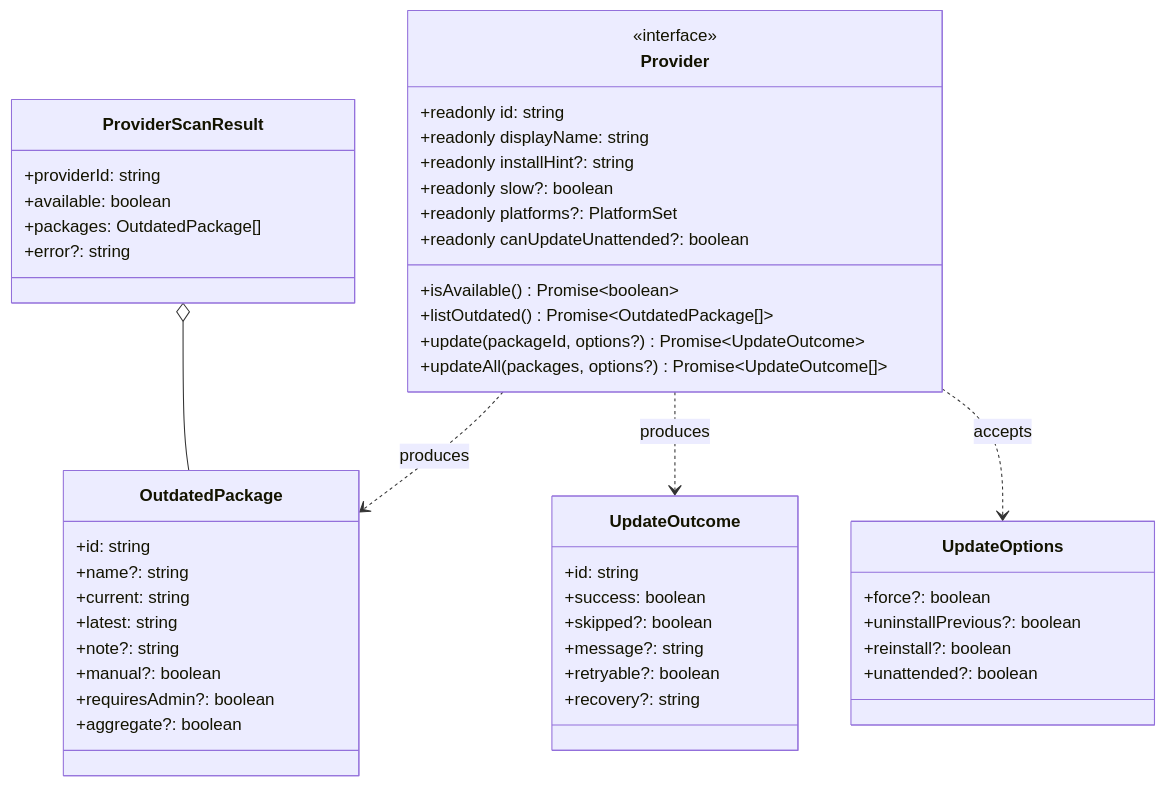
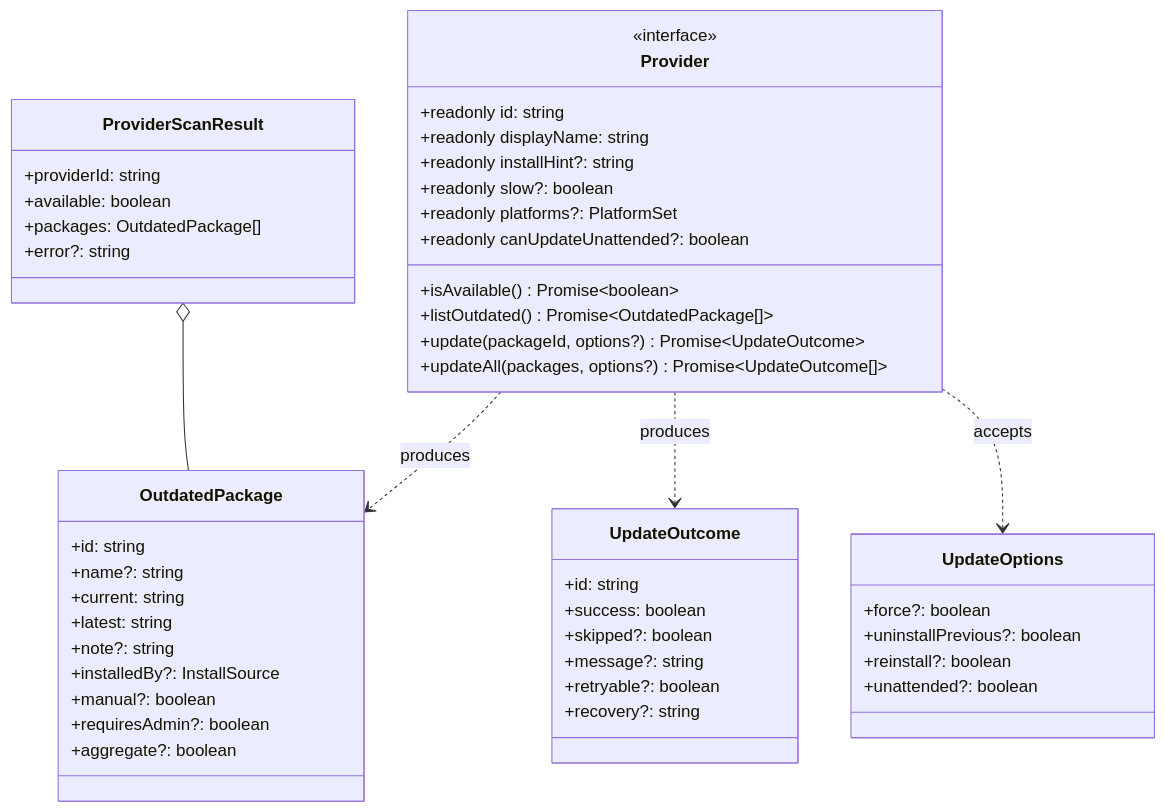
One commit to LINDECKER-Charles/gup changed the third of 12 diagrams in docs/development/architecture.md. Above: the diagram before and after it, drawn with Mermaid. The commit also changed other lines of this file and 5 other files, not shown here.

````diff
--- a/docs/development/architecture.md
+++ b/docs/development/architecture.md
@@ -138,55 +138,56 @@
 ```mermaid
 classDiagram
     class Provider {
         <<interface>>
         +readonly id: string
         +readonly displayName: string
         +readonly installHint?: string
         +readonly slow?: boolean
         +readonly platforms?: PlatformSet
         +readonly canUpdateUnattended?: boolean
         +isAvailable() Promise~boolean~
         +listOutdated() Promise~OutdatedPackage[]~
         +update(packageId, options?) Promise~UpdateOutcome~
         +updateAll(packages, options?) Promise~UpdateOutcome[]~
     }
 
     class OutdatedPackage {
         +id: string
         +name?: string
         +current: string
         +latest: string
         +note?: string
+        +installedBy?: InstallSource
         +manual?: boolean
         +requiresAdmin?: boolean
         +aggregate?: boolean
     }
 
     class UpdateOutcome {
         +id: string
         +success: boolean
         +skipped?: boolean
         +message?: string
         +retryable?: boolean
         +recovery?: string
     }
 
     class UpdateOptions {
         +force?: boolean
         +uninstallPrevious?: boolean
         +reinstall?: boolean
         +unattended?: boolean
     }
 
     class ProviderScanResult {
         +providerId: string
         +available: boolean
         +packages: OutdatedPackage[]
         +error?: string
     }
 
     Provider ..> OutdatedPackage : produces
     Provider ..> UpdateOutcome : produces
     Provider ..> UpdateOptions : accepts
     ProviderScanResult o-- OutdatedPackage
 ```
````
